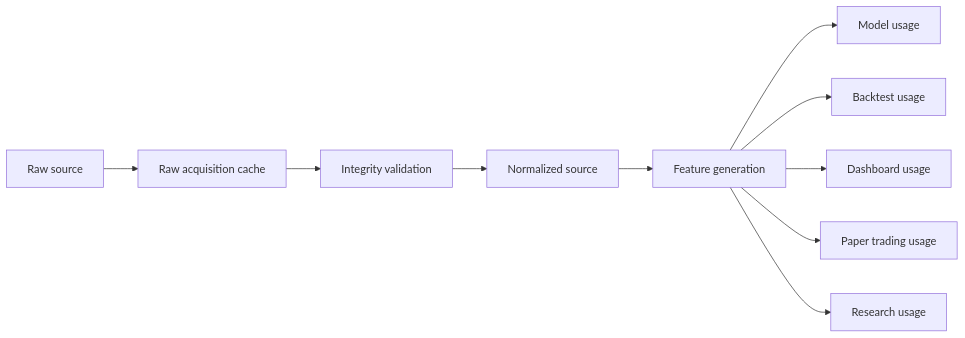
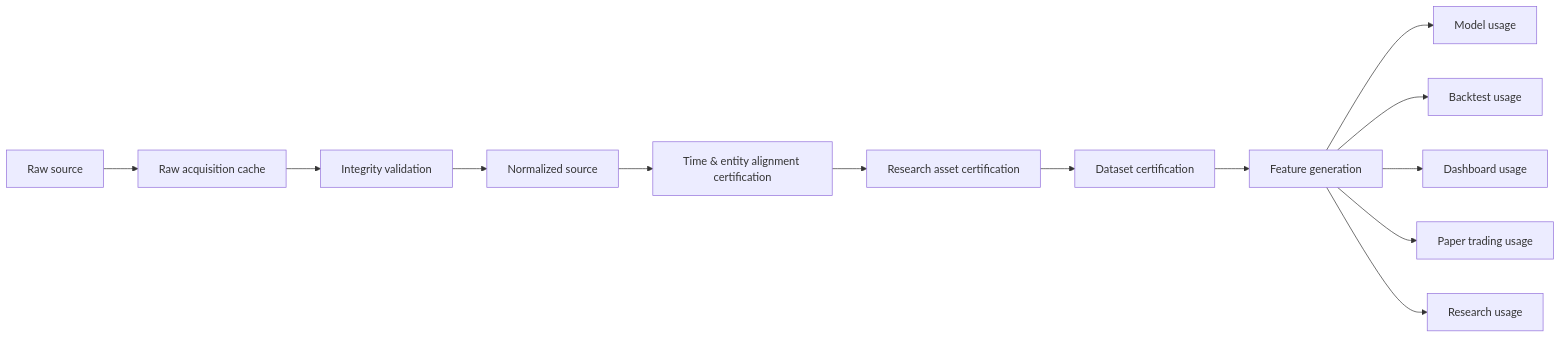
The diagram in docs/contracts/DATA_LINEAGE_CONTRACT.md (mazycksekou/Institutional-Multi-Market-Research-And-Capital-Allocation-Platform), drawn with Mermaid before and after one commit. The commit also changed other lines of this file and 34 other files, not shown here.

Commit message:
feat: implement research asset lifecycle runtime

````diff
--- a/docs/contracts/DATA_LINEAGE_CONTRACT.md
+++ b/docs/contracts/DATA_LINEAGE_CONTRACT.md
@@ -59,12 +64,15 @@
 ```mermaid
 flowchart LR
   raw["Raw source"] --> raw_cache["Raw acquisition cache"]
   raw_cache --> validation["Integrity validation"]
   validation --> normalized["Normalized source"]
-  normalized --> features["Feature generation"]
+  normalized --> alignment["Time & entity alignment certification"]
+  alignment --> certified["Research asset certification"]
+  certified --> dataset["Dataset certification"]
+  dataset --> features["Feature generation"]
   features --> model["Model usage"]
   features --> backtest["Backtest usage"]
   features --> dashboard["Dashboard usage"]
   features --> paper["Paper trading usage"]
   features --> research["Research usage"]
 ```
````
